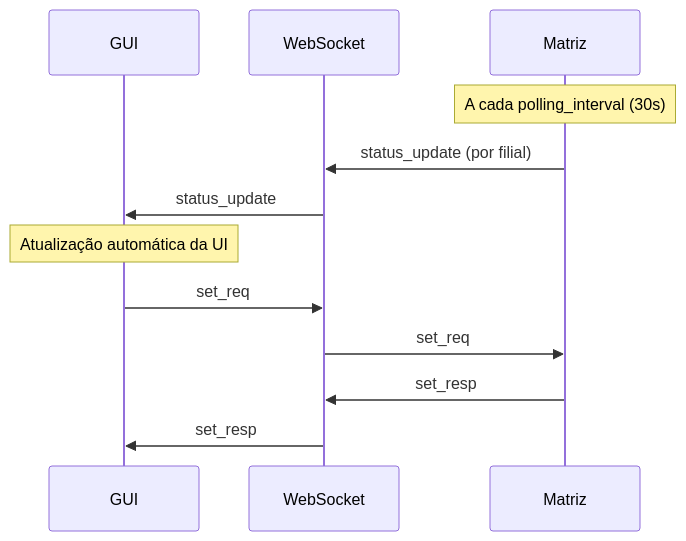
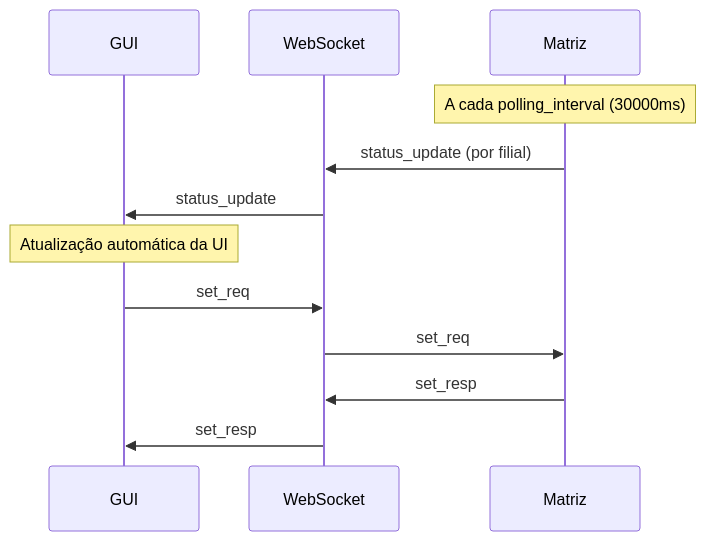
One commit to gugacarbo/UDP-IOT-Redes-AV3-3 changed the diagram in docs/protocol/websocket.md. Above: the diagram before and after it, drawn with Mermaid. The commit also changed other lines of this file and 20 other files, not shown here.

````diff
--- a/docs/protocol/websocket.md
+++ b/docs/protocol/websocket.md
@@ -116,18 +108,18 @@
 ```mermaid
 sequenceDiagram
     participant G as GUI
     participant WS as WebSocket
     participant M as Matriz
 
-    Note over M: A cada polling_interval (30s)
+    Note over M: A cada polling_interval (30000ms)
 
     M->>WS: status_update (por filial)
     WS->>G: status_update
 
     Note over G: Atualização automática da UI
 
     G->>WS: set_req
     WS->>M: set_req
     M->>WS: set_resp
     WS->>G: set_resp
 ```
````
